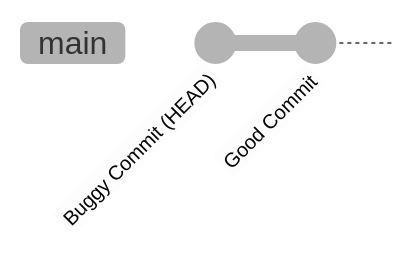
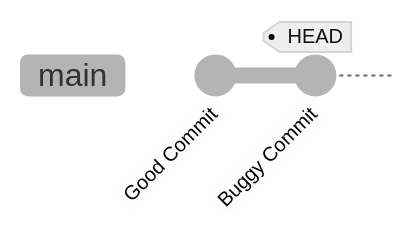
One commit to Yoad-Duani/personal_notes changed the sixth of 7 diagrams in docs/git/understanding-undo-time-traveling.md. Above: the diagram before and after it, drawn with Mermaid (neutral theme). The commit also changed other lines of this file and 4 other files, not shown here.

````diff
--- a/docs/git/understanding-undo-time-traveling.md
+++ b/docs/git/understanding-undo-time-traveling.md
@@ -201,5 +208,6 @@
 ```mermaid
 gitGraph
-    commit id: "Buggy Commit (HEAD)"
     commit id: "Good Commit"
+    commit id: "Buggy Commit" tag: "HEAD"
+    
 ```
````
